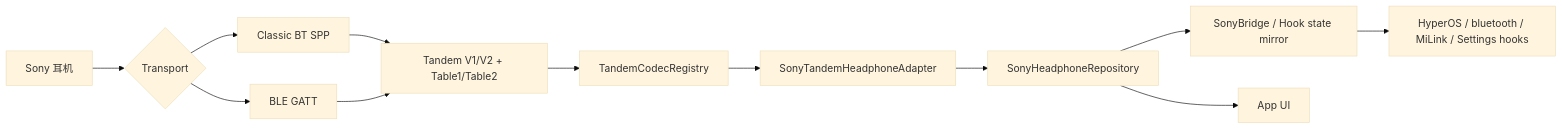
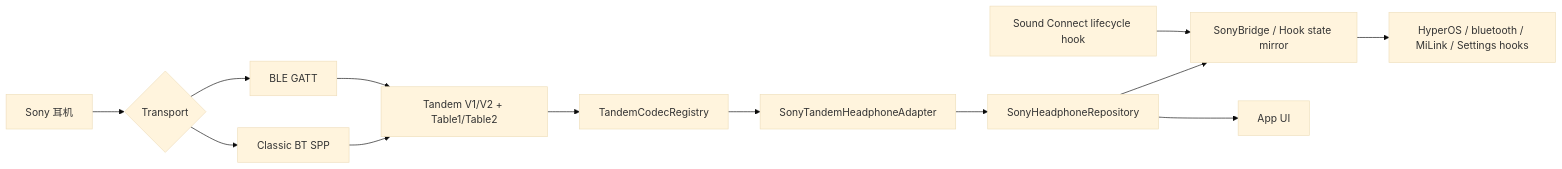
One commit to Mercury000/SonyPods changed the diagram in docs/ARCHITECTURE.md. Above: the diagram before and after it, drawn with Mermaid (base theme). The commit also changed other lines of this file and 8 other files, not shown here.

Commit message:
feat: hand over Tandem to Sound Connect

````diff
--- a/docs/ARCHITECTURE.md
+++ b/docs/ARCHITECTURE.md
@@ -7,14 +7,15 @@
 ```mermaid
 flowchart LR
     H["Sony 耳机"] --> T{"Transport"}
     T --> S["Classic BT SPP"]
     T --> G["BLE GATT"]
     S --> P["Tandem V1/V2 + Table1/Table2"]
     G --> P
     P --> C["TandemCodecRegistry"]
     C --> A["SonyTandemHeadphoneAdapter"]
     A --> R["SonyHeadphoneRepository"]
     R --> B["SonyBridge / Hook state mirror"]
     R --> U["App UI"]
+    O["Sound Connect lifecycle hook"] --> B
     B --> X["HyperOS / bluetooth / MiLink / Settings hooks"]
 ```
````
